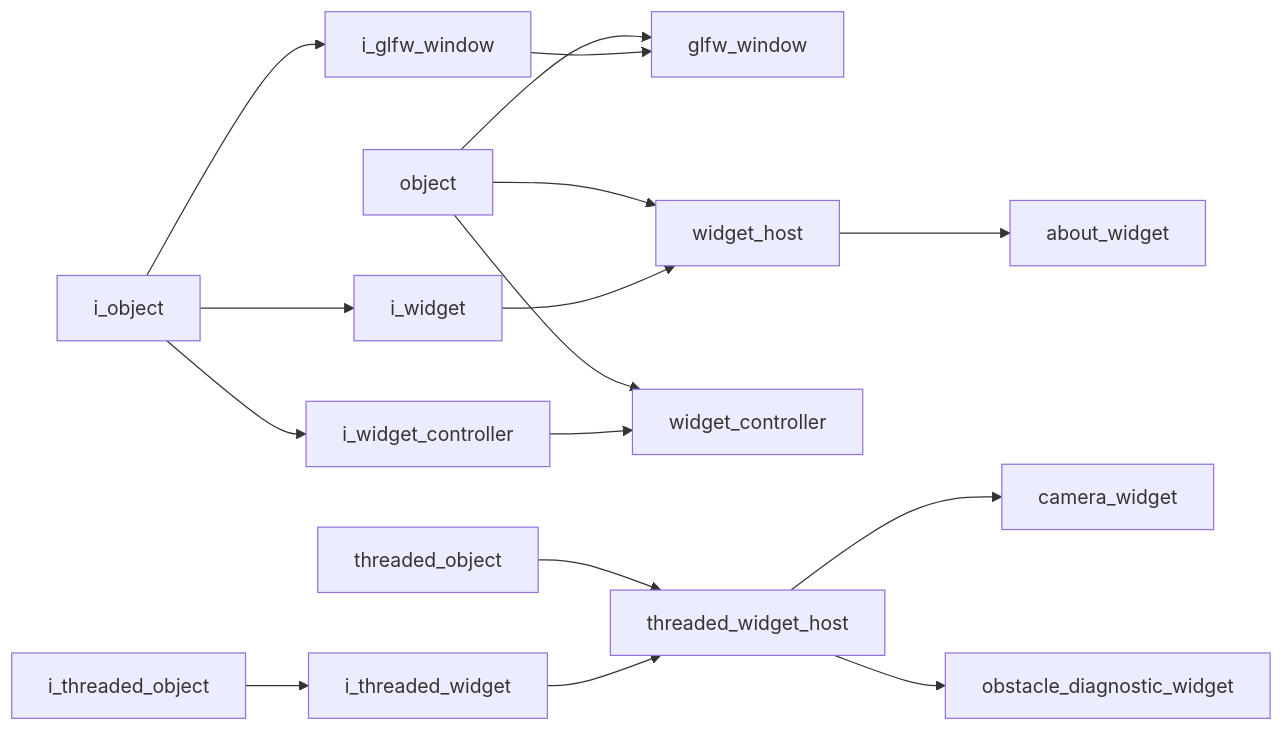
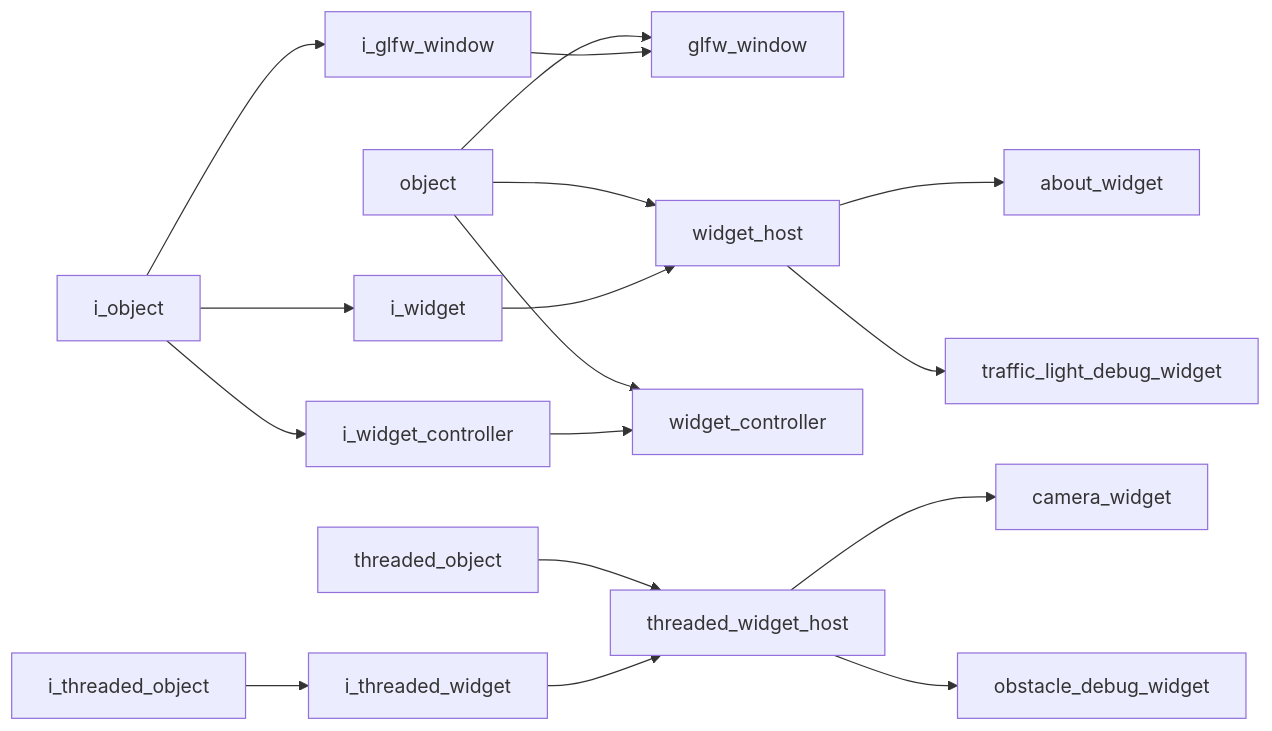
Before and after one commit to kasper-szczerba/acs_wiki: the diagram in docs/codebase/namespaces/gui/index.md, drawn with Mermaid. The commit also changed other lines of this file and 22 other files, not shown here.

Commit message:
updated the docs based on the new opencv traffic light detection

````diff
--- a/docs/codebase/namespaces/gui/index.md
+++ b/docs/codebase/namespaces/gui/index.md
@@ -28,33 +29,35 @@
 ```mermaid
 graph LR
     C__DEV_vs_projects_acs_wiki_docs_codebase_namespaces_core_implementations_object["object"]
     C__DEV_vs_projects_acs_wiki_docs_codebase_namespaces_core_implementations_threaded_object["threaded_object"]
     C__DEV_vs_projects_acs_wiki_docs_codebase_namespaces_core_interfaces_i_object["i_object"]
     C__DEV_vs_projects_acs_wiki_docs_codebase_namespaces_core_interfaces_i_threaded_object["i_threaded_object"]
     C__DEV_vs_projects_acs_wiki_docs_codebase_namespaces_gui_implementations_glfw_window["glfw_window"]
     C__DEV_vs_projects_acs_wiki_docs_codebase_namespaces_gui_implementations_threaded_widget_host["threaded_widget_host"]
     C__DEV_vs_projects_acs_wiki_docs_codebase_namespaces_gui_implementations_widget_controller["widget_controller"]
     C__DEV_vs_projects_acs_wiki_docs_codebase_namespaces_gui_implementations_widget_host["widget_host"]
     C__DEV_vs_projects_acs_wiki_docs_codebase_namespaces_gui_implementations_widgets_about_widget["about_widget"]
     C__DEV_vs_projects_acs_wiki_docs_codebase_namespaces_gui_implementations_widgets_camera_widget["camera_widget"]
-    C__DEV_vs_projects_acs_wiki_docs_codebase_namespaces_gui_implementations_widgets_obstacle_diagnostic_widget["obstacle_diagnostic_widget"]
+    C__DEV_vs_projects_acs_wiki_docs_codebase_namespaces_gui_implementations_widgets_obstacle_debug_widget["obstacle_debug_widget"]
+    C__DEV_vs_projects_acs_wiki_docs_codebase_namespaces_gui_implementations_widgets_traffic_light_debug_widget["traffic_light_debug_widget"]
     C__DEV_vs_projects_acs_wiki_docs_codebase_namespaces_gui_interfaces_i_glfw_window["i_glfw_window"]
     C__DEV_vs_projects_acs_wiki_docs_codebase_namespaces_gui_interfaces_i_threaded_widget["i_threaded_widget"]
     C__DEV_vs_projects_acs_wiki_docs_codebase_namespaces_gui_interfaces_i_widget["i_widget"]
     C__DEV_vs_projects_acs_wiki_docs_codebase_namespaces_gui_interfaces_i_widget_controller["i_widget_controller"]
     C__DEV_vs_projects_acs_wiki_docs_codebase_namespaces_core_implementations_object --> C__DEV_vs_projects_acs_wiki_docs_codebase_namespaces_gui_implementations_glfw_window
     C__DEV_vs_projects_acs_wiki_docs_codebase_namespaces_core_implementations_object --> C__DEV_vs_projects_acs_wiki_docs_codebase_namespaces_gui_implementations_widget_controller
     C__DEV_vs_projects_acs_wiki_docs_codebase_namespaces_core_implementations_object --> C__DEV_vs_projects_acs_wiki_docs_codebase_namespaces_gui_implementations_widget_host
     C__DEV_vs_projects_acs_wiki_docs_codebase_namespaces_core_implementations_threaded_object --> C__DEV_vs_projects_acs_wiki_docs_codebase_namespaces_gui_implementations_threaded_widget_host
     C__DEV_vs_projects_acs_wiki_docs_codebase_namespaces_core_interfaces_i_object --> C__DEV_vs_projects_acs_wiki_docs_codebase_namespaces_gui_interfaces_i_glfw_window
     C__DEV_vs_projects_acs_wiki_docs_codebase_namespaces_core_interfaces_i_object --> C__DEV_vs_projects_acs_wiki_docs_codebase_namespaces_gui_interfaces_i_widget
     C__DEV_vs_projects_acs_wiki_docs_codebase_namespaces_core_interfaces_i_object --> C__DEV_vs_projects_acs_wiki_docs_codebase_namespaces_gui_interfaces_i_widget_controller
     C__DEV_vs_projects_acs_wiki_docs_codebase_namespaces_core_interfaces_i_threaded_object --> C__DEV_vs_projects_acs_wiki_docs_codebase_namespaces_gui_interfaces_i_threaded_widget
     C__DEV_vs_projects_acs_wiki_docs_codebase_namespaces_gui_implementations_threaded_widget_host --> C__DEV_vs_projects_acs_wiki_docs_codebase_namespaces_gui_implementations_widgets_camera_widget
-    C__DEV_vs_projects_acs_wiki_docs_codebase_namespaces_gui_implementations_threaded_widget_host --> C__DEV_vs_projects_acs_wiki_docs_codebase_namespaces_gui_implementations_widgets_obstacle_diagnostic_widget
+    C__DEV_vs_projects_acs_wiki_docs_codebase_namespaces_gui_implementations_threaded_widget_host --> C__DEV_vs_projects_acs_wiki_docs_codebase_namespaces_gui_implementations_widgets_obstacle_debug_widget
     C__DEV_vs_projects_acs_wiki_docs_codebase_namespaces_gui_implementations_widget_host --> C__DEV_vs_projects_acs_wiki_docs_codebase_namespaces_gui_implementations_widgets_about_widget
+    C__DEV_vs_projects_acs_wiki_docs_codebase_namespaces_gui_implementations_widget_host --> C__DEV_vs_projects_acs_wiki_docs_codebase_namespaces_gui_implementations_widgets_traffic_light_debug_widget
     C__DEV_vs_projects_acs_wiki_docs_codebase_namespaces_gui_interfaces_i_glfw_window --> C__DEV_vs_projects_acs_wiki_docs_codebase_namespaces_gui_implementations_glfw_window
     C__DEV_vs_projects_acs_wiki_docs_codebase_namespaces_gui_interfaces_i_threaded_widget --> C__DEV_vs_projects_acs_wiki_docs_codebase_namespaces_gui_implementations_threaded_widget_host
     C__DEV_vs_projects_acs_wiki_docs_codebase_namespaces_gui_interfaces_i_widget --> C__DEV_vs_projects_acs_wiki_docs_codebase_namespaces_gui_implementations_widget_host
     C__DEV_vs_projects_acs_wiki_docs_codebase_namespaces_gui_interfaces_i_widget_controller --> C__DEV_vs_projects_acs_wiki_docs_codebase_namespaces_gui_implementations_widget_controller
 ```
````
